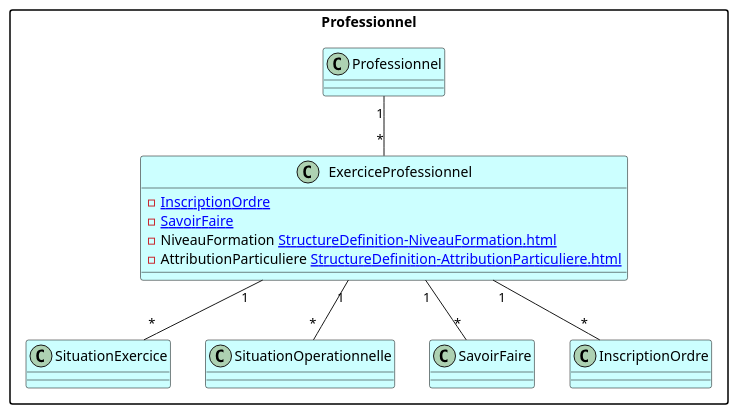
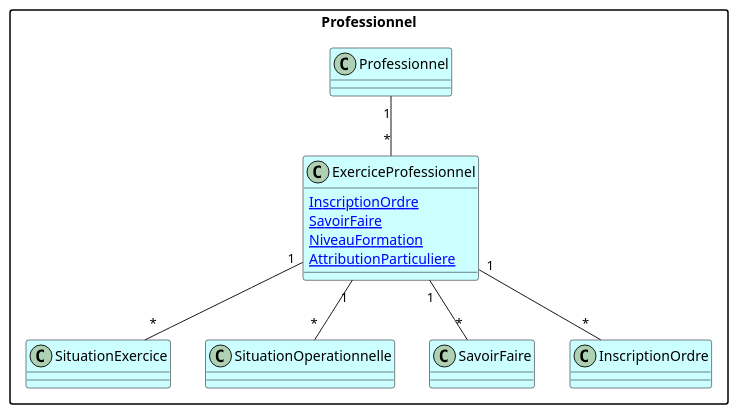
Before and after one commit to ansforge/IG-modele-objets-sante: the diagram in input/images-source/professionnel-short.plantuml, drawn with PlantUML.

Commit message:
update source

```diff
--- a/input/images-source/professionnel-short.plantuml
+++ b/input/images-source/professionnel-short.plantuml
@@ -1,33 +1,33 @@
 @startuml
 skinparam packageStyle rectangle
 skinparam backgroundColor #FFFFFF
 skinparam class {
     BackgroundColor #CCFFFF
     BorderColor black
 }
 
 package "Professionnel" {
     class Professionnel
     class ExerciceProfessionnel {
-        - [[StructureDefinition-InscriptionOrdre.html InscriptionOrdre]]
-        - [[StructureDefinition-SavoirFaire.html SavoirFaire]]
-        - NiveauFormation [[StructureDefinition-NiveauFormation.html]]
-        - AttributionParticuliere [[StructureDefinition-AttributionParticuliere.html]]
+        [[StructureDefinition-InscriptionOrdre.html InscriptionOrdre]]
+        [[StructureDefinition-SavoirFaire.html SavoirFaire]]
+        [[StructureDefinition-NiveauFormation.html NiveauFormation]]
+        [[StructureDefinition-AttributionParticuliere.html AttributionParticuliere]]
     }
     class SituationExercice 
     class SituationOperationnelle
 
     url of Professionnel is [[StructureDefinition-Professionnel.html]]
     url of ExerciceProfessionnel is [[StructureDefinition-ExerciceProfessionnel.html]]
     url of SituationExercice is [[StructureDefinition-SituationExercice.html]]
     url of SituationOperationnelle is [[StructureDefinition-SituationOperationnelle.html]]
 
     Professionnel "1" -- "*" ExerciceProfessionnel
     
     ExerciceProfessionnel "1" -- "*" SituationExercice
     ExerciceProfessionnel "1" -- "*" SituationOperationnelle
     ExerciceProfessionnel "1" -- "*" SavoirFaire
     ExerciceProfessionnel "1" -- "*" InscriptionOrdre
 }
 
 @enduml
```
